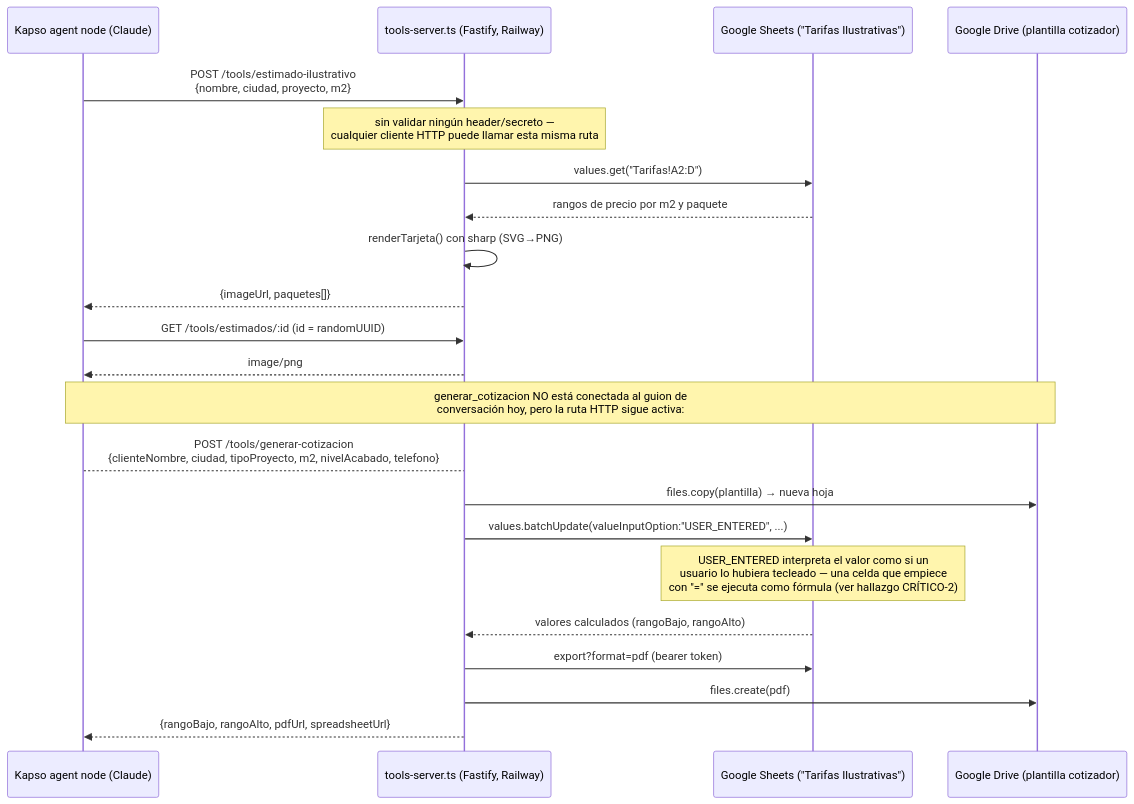
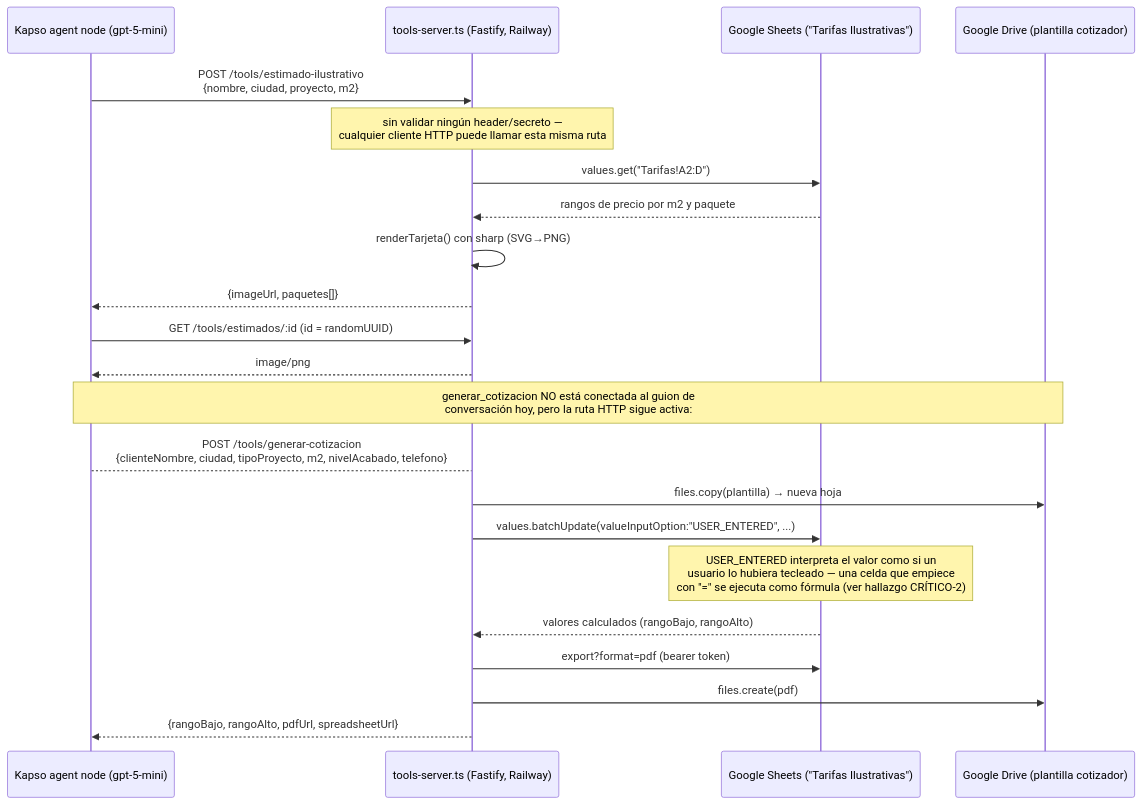
The fifth of 5 diagrams in docs/isa/02-arquitectura-tecnica.md (espazios/espazios-web), drawn with Mermaid before and after one commit. The commit also changed other lines of this file and 3 other files, not shown here.

````diff
--- a/docs/isa/02-arquitectura-tecnica.md
+++ b/docs/isa/02-arquitectura-tecnica.md
@@ -150,26 +150,26 @@
 ```mermaid
 sequenceDiagram
-    participant Agent as Kapso agent node (Claude)
+    participant Agent as Kapso agent node (gpt-5-mini)
     participant TS as tools-server.ts (Fastify, Railway)
     participant Sheets as Google Sheets ("Tarifas Ilustrativas")
     participant Drive as Google Drive (plantilla cotizador)
 
     Agent->>TS: POST /tools/estimado-ilustrativo<br/>{nombre, ciudad, proyecto, m2}
     Note over TS: sin validar ningún header/secreto —<br/>cualquier cliente HTTP puede llamar esta misma ruta
     TS->>Sheets: values.get("Tarifas!A2:D")
     Sheets-->>TS: rangos de precio por m2 y paquete
     TS->>TS: renderTarjeta() con sharp (SVG→PNG)
     TS-->>Agent: {imageUrl, paquetes[]}
     Agent->>TS: GET /tools/estimados/:id (id = randomUUID)
     TS-->>Agent: image/png
 
     Note over Agent,Drive: generar_cotizacion NO está conectada al guion de<br/>conversación hoy, pero la ruta HTTP sigue activa:
     Agent-->TS: POST /tools/generar-cotizacion<br/>{clienteNombre, ciudad, tipoProyecto, m2, nivelAcabado, telefono}
     TS->>Drive: files.copy(plantilla) → nueva hoja
     TS->>Sheets: values.batchUpdate(valueInputOption:"USER_ENTERED", ...)
     Note over Sheets: USER_ENTERED interpreta el valor como si un<br/>usuario lo hubiera tecleado — una celda que empiece<br/>con "=" se ejecuta como fórmula (ver hallazgo CRÍTICO-2)
     Sheets-->>TS: valores calculados (rangoBajo, rangoAlto)
     TS->>Sheets: export?format=pdf (bearer token)
     TS->>Drive: files.create(pdf)
     TS-->>Agent: {rangoBajo, rangoAlto, pdfUrl, spreadsheetUrl}
 ```
````
